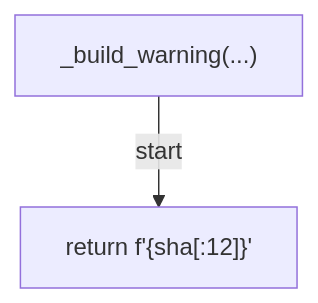
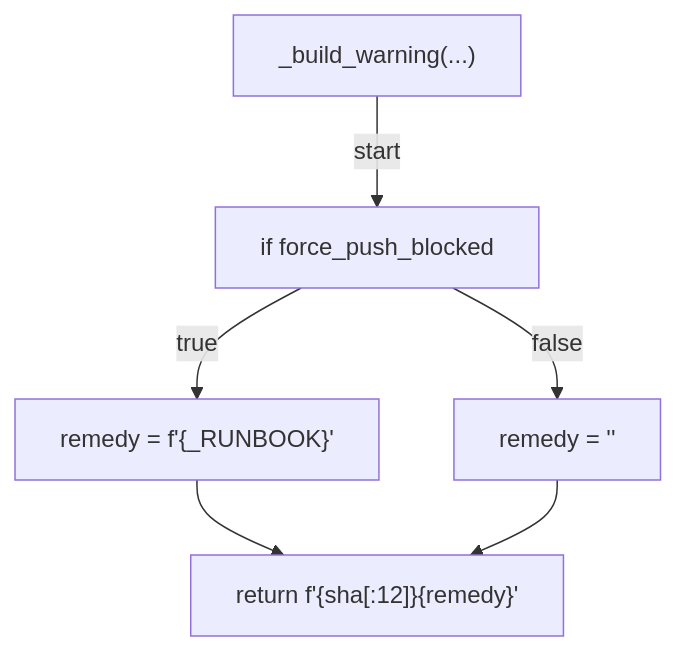
Before and after one commit to tvna/claude-md: the fifth of 11 diagrams in docs/generated/scripts/ast/preflight_session_base_freshness.md, drawn with Mermaid. The commit also changed other lines of this file and 1 other file, not shown here.

First line of the commit message:
docs(generated): regenerate decision tree and workflow diagrams

````diff
--- a/docs/generated/scripts/ast/preflight_session_base_freshness.md
+++ b/docs/generated/scripts/ast/preflight_session_base_freshness.md
@@ -43,6 +79,13 @@
 ```mermaid
 flowchart TD
     N001["_build_warning(...)"]
-    N002["return f'<str>{sha[:12]}<str>'"]
+    N002["if force_push_blocked"]
+    N003["remedy = f'<str>{_RUNBOOK}<str>'"]
+    N004["remedy = '<str>'"]
+    N005["return f'<str>{sha[:12]}<str>{remedy}<str>'"]
     N001 -->|"start"| N002
+    N002 -->|"true"| N003
+    N002 -->|"false"| N004
+    N003 --> N005
+    N004 --> N005
 ```
````
